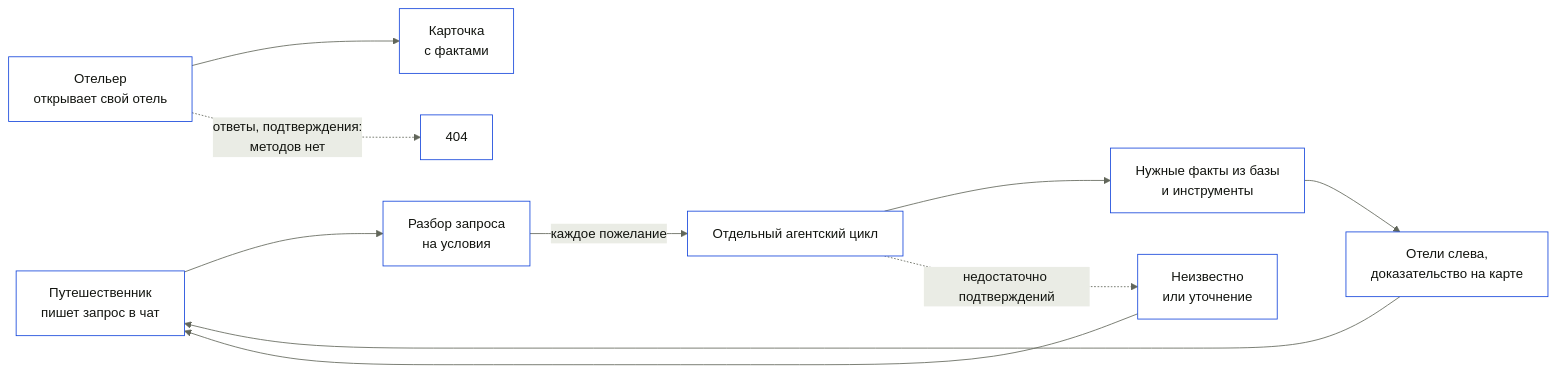
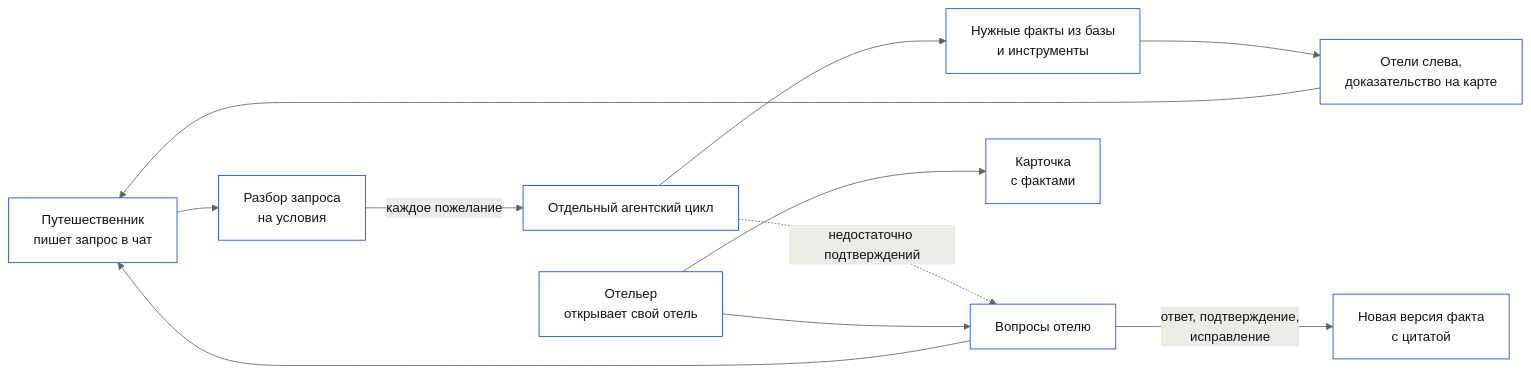
The first of 3 diagrams in docs/architecture.md (GoatWhistle/ostrovok), drawn with Mermaid before and after one commit. The commit also changed other lines of this file and 55 other files, not shown here.

````diff
--- a/docs/architecture.md
+++ b/docs/architecture.md
@@ -17,13 +17,14 @@
 ```mermaid
 %%{init: {"theme":"base","themeVariables":{"primaryColor":"#ffffff","primaryTextColor":"#12140f","primaryBorderColor":"#1546db","secondaryColor":"#eaece5","tertiaryColor":"#f4f5f1","lineColor":"#61665a","textColor":"#12140f","noteBkgColor":"#eaece5","noteTextColor":"#4a4e44","actorBkg":"#ffffff","actorBorder":"#1546db","fontFamily":"Manrope Variable"}}}%%
 flowchart LR
     U1["Путешественник<br/>пишет запрос в чат"] --> M1["Разбор запроса<br/>на условия"]
     M1 -->|"каждое пожелание"| A["Отдельный агентский цикл"]
     A --> M2["Нужные факты из базы<br/>и инструменты"]
     A -.->|"недостаточно подтверждений"| Q["Неизвестно<br/>или уточнение"]
     Q --> U1
     M2 --> R["Отели слева,<br/>доказательство на карте"]
     R --> U1
     U2["Отельер<br/>открывает свой отель"] --> C["Карточка<br/>с фактами"]
-    U2 -.->|"ответы, подтверждения:<br/>методов нет"| X["404"]
+    U2 --> Q["Вопросы отелю"]
+    Q -->|"ответ, подтверждение,<br/>исправление"| V["Новая версия факта<br/>с цитатой"]
 ```
````
